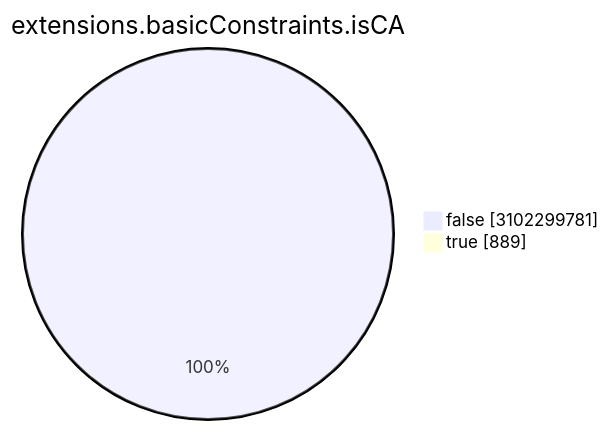
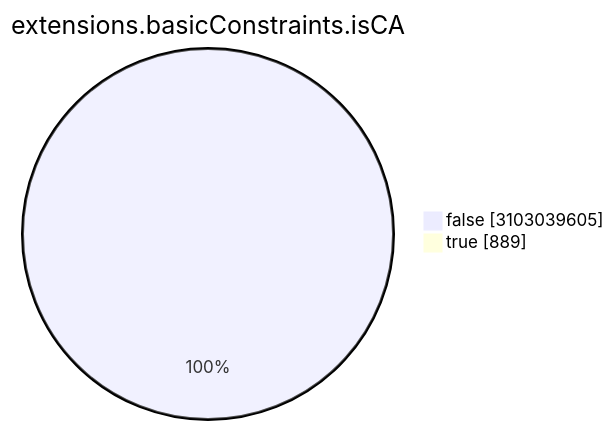
One commit to christiankrug/ctmonitor_visualization changed the seventh of 15 diagrams in TOTAL/README.md. Above: the diagram before and after it, drawn with Mermaid. The commit also changed other lines of this file, not shown here.

````diff
--- a/TOTAL/README.md
+++ b/TOTAL/README.md
@@ -3086,6 +3086,6 @@
 ```mermaid
 pie showData
 title extensions.basicConstraints.isCA
-"false" :3102299781
+"false" :3103039605
 "true" :889
 ```
````
